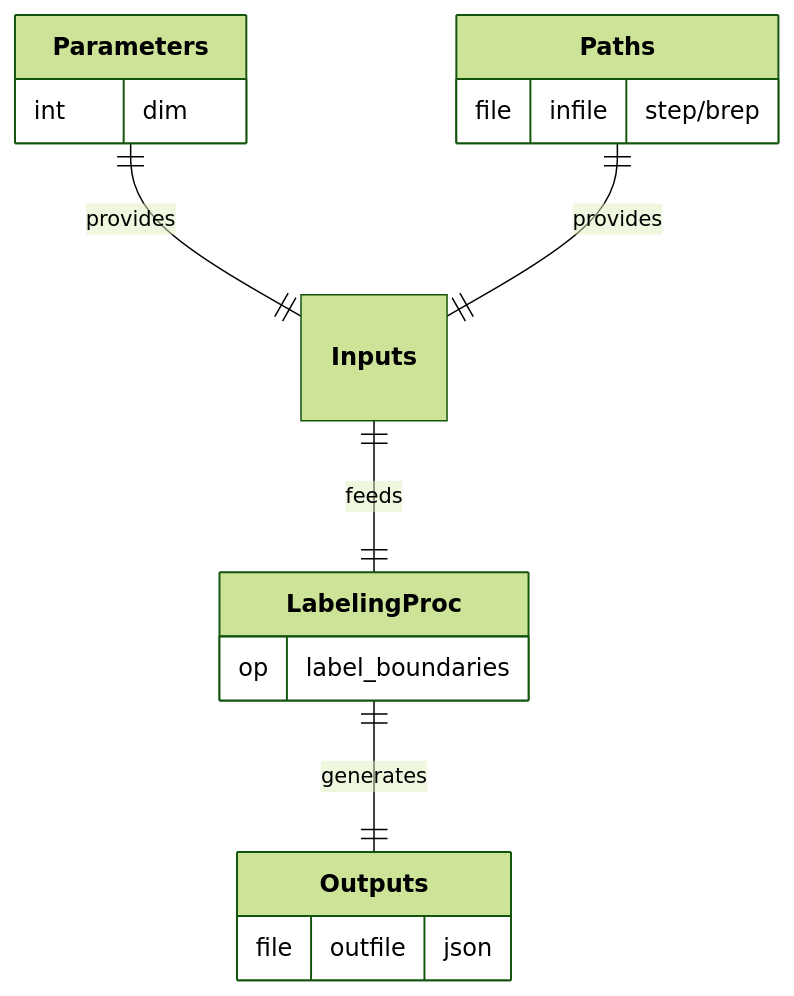
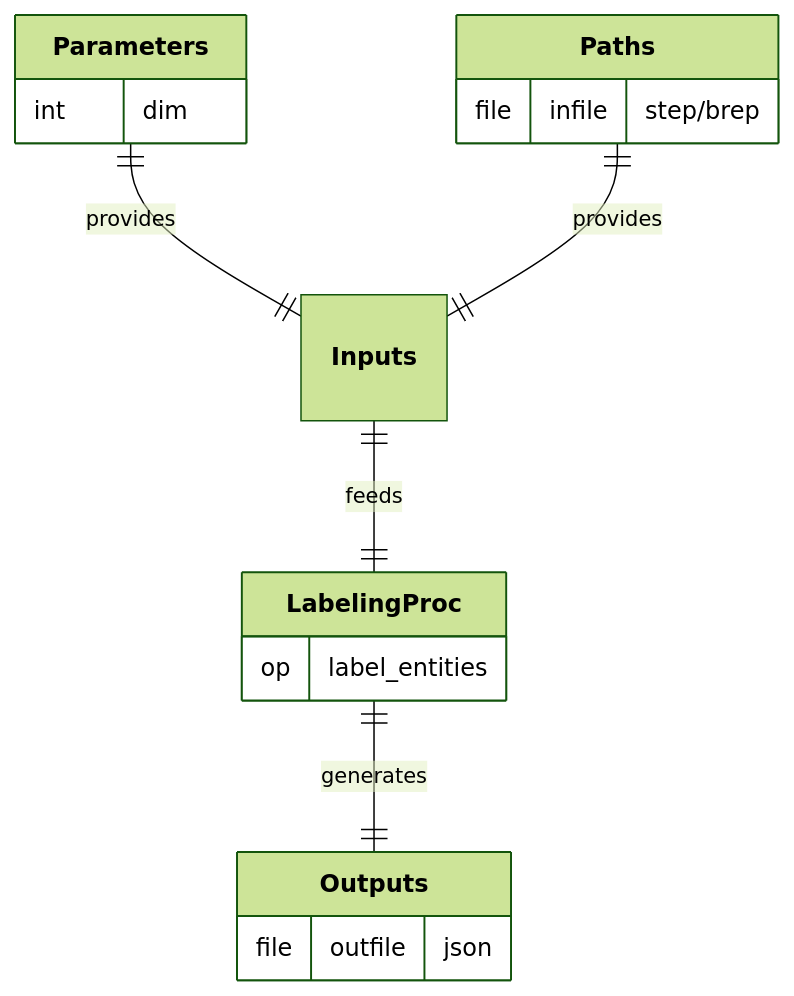
Before and after one commit to nuremics/nuremics-docs: the diagram in docs/labs/Apps/cms/CANTILEVER_SHEAR_APP/procs/LabelingProc.md, drawn with Mermaid (forest theme). The commit also changed other lines of this file and 3 other files, not shown here.

````diff
--- a/docs/labs/Apps/cms/CANTILEVER_SHEAR_APP/procs/LabelingProc.md
+++ b/docs/labs/Apps/cms/CANTILEVER_SHEAR_APP/procs/LabelingProc.md
@@ -11,20 +11,20 @@
 ```mermaid
 erDiagram
   **Parameters** ||--|| **Inputs** : provides
   **Paths** ||--|| **Inputs** : provides
   **Inputs** ||--|| **LabelingProc** : feeds
   **LabelingProc** ||--|| **Outputs** : generates
 
   **Parameters** {
     int dim
   }
   **Paths** {
     file infile "step/brep"
   }
   **LabelingProc** {
-    op label_boundaries
+    op label_entities
   }
   **Outputs** {
     file outfile "json"
   }
 ```
````
